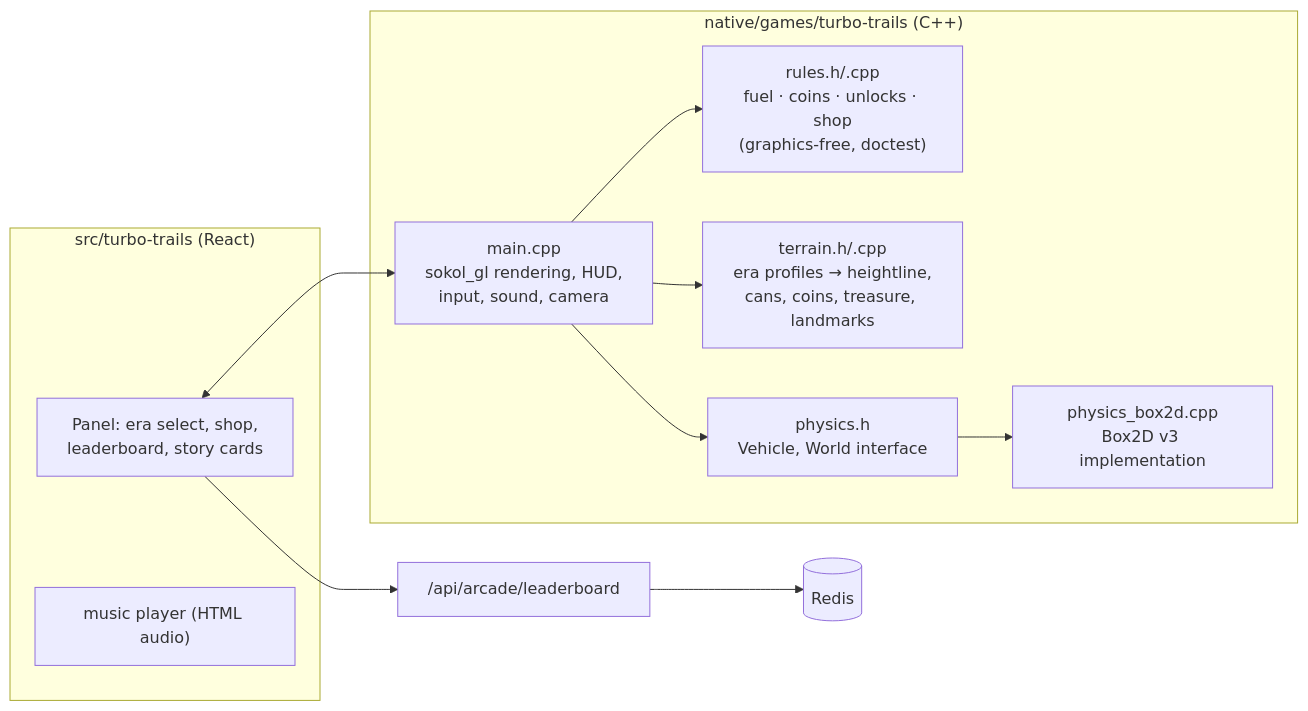
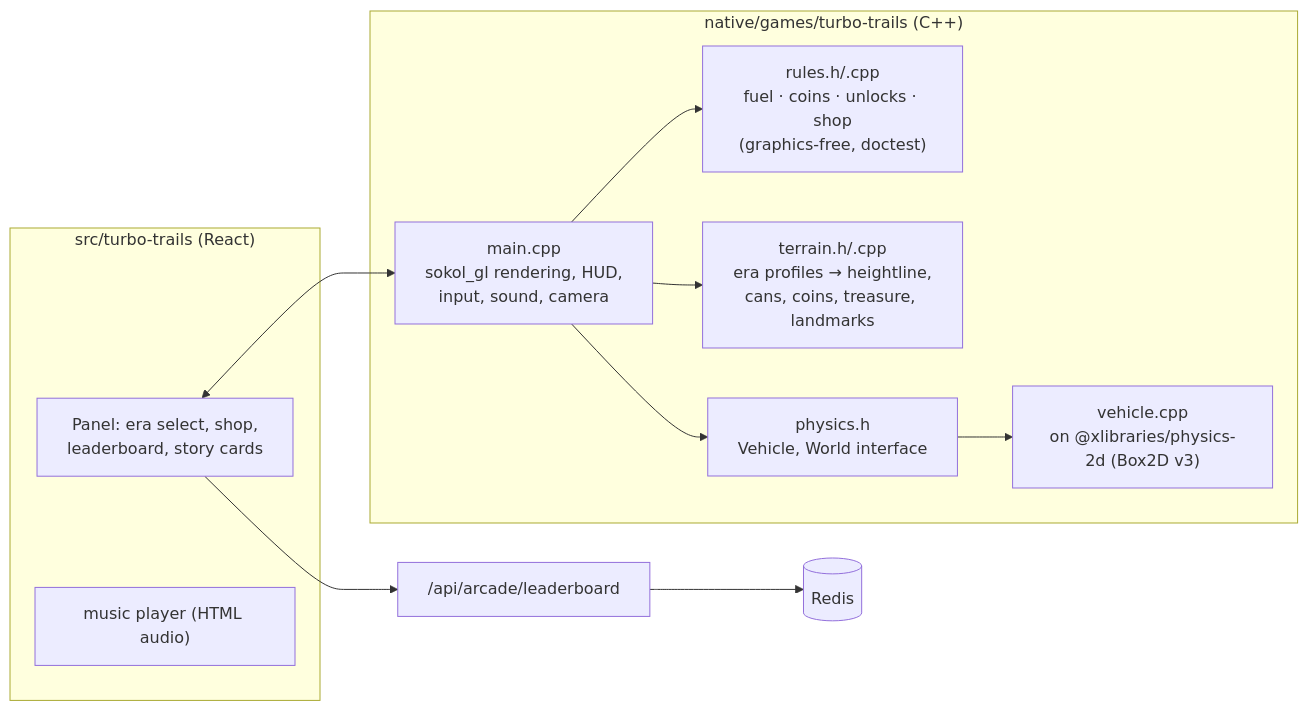
The diagram in docs/turbo-trails-plan.md (xlibraries/Xlib), drawn with Mermaid before and after one commit. The commit also changed 108 other files, not shown here.

Commit message:
Phase 3: physics-2d (Box2D behind a backend-free contract) and physics-3d documented, each with a fake; Turbo Trails on the contract, bit-identical

````diff
--- a/docs/turbo-trails-plan.md
+++ b/docs/turbo-trails-plan.md
@@ -49,19 +49,19 @@
 ```mermaid
 flowchart LR
     subgraph native["native/games/turbo-trails (C++)"]
         rules["rules.h/.cpp<br/>fuel · coins · unlocks · shop<br/>(graphics-free, doctest)"]
         terrain["terrain.h/.cpp<br/>era profiles → heightline,<br/>cans, coins, treasure, landmarks"]
         physics["physics.h<br/>Vehicle, World interface"]
-        b2["physics_box2d.cpp<br/>Box2D v3 implementation"]
+        b2["vehicle.cpp<br/>on @xlibraries/physics-2d (Box2D v3)"]
         main["main.cpp<br/>sokol_gl rendering, HUD,<br/>input, sound, camera"]
         main --> rules & terrain & physics
         physics --> b2
     end
     subgraph page["src/turbo-trails (React)"]
         panel["Panel: era select, shop,<br/>leaderboard, story cards"]
         music["music player (HTML audio)"]
     end
     panel <--> main
     panel --> api["/api/arcade/leaderboard"]
     api --> redis[("Redis")]
 ```
````
